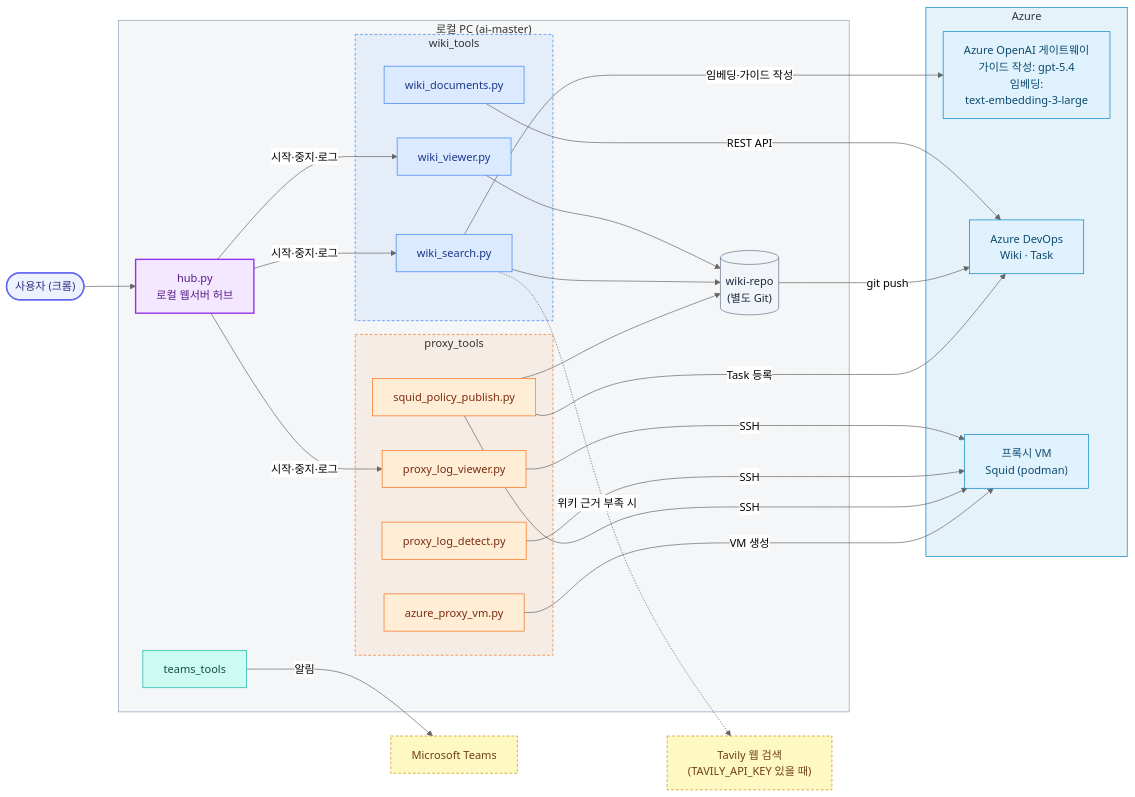
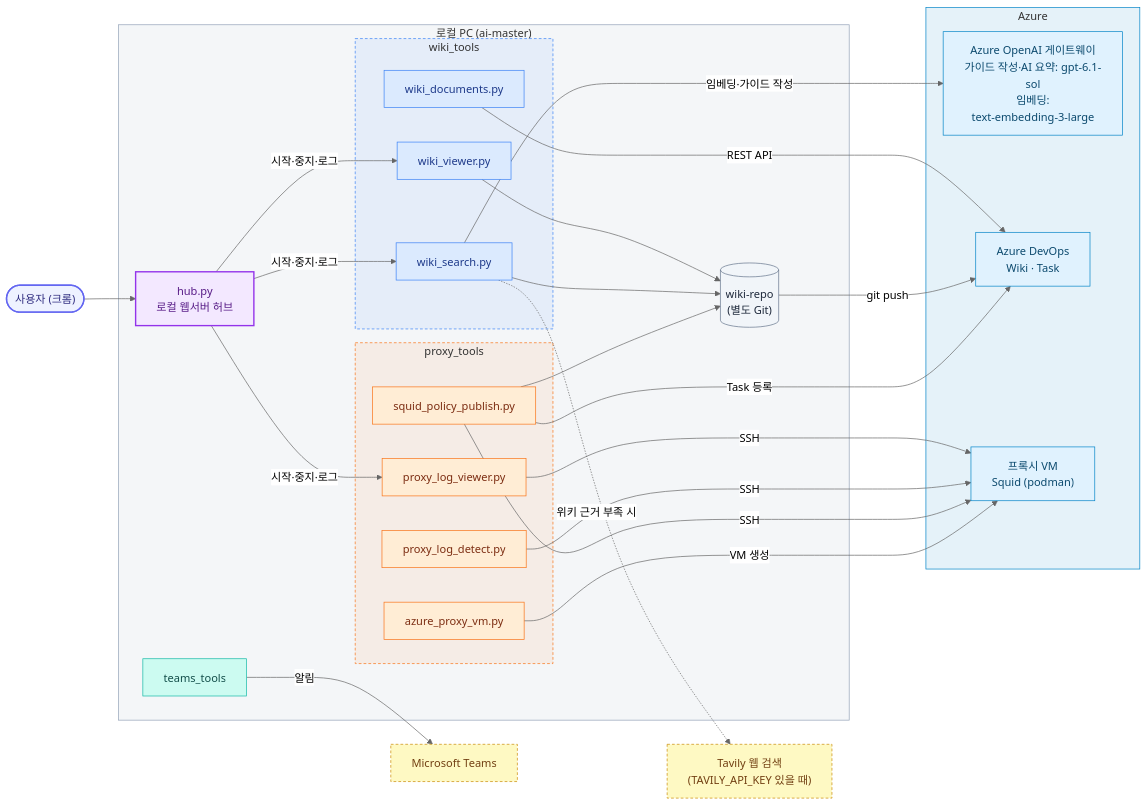
One commit to pcmola/ai-master changed the first of 7 diagrams in README.md. Above: the diagram before and after it, drawn with Mermaid (neutral theme). The commit also changed other lines of this file and 6 other files, not shown here.

````diff
--- a/README.md
+++ b/README.md
@@ -19,63 +19,63 @@
 ```mermaid
 flowchart LR
     user(["사용자 (크롬)"])
 
     subgraph local["로컬 PC (ai-master)"]
         hub["hub.py<br/>로컬 웹서버 허브"]
         subgraph wiki_tools
             viewer["wiki_viewer.py"]
             search["wiki_search.py"]
             docs["wiki_documents.py"]
         end
         subgraph proxy_tools
             logviewer["proxy_log_viewer.py"]
             detect["proxy_log_detect.py"]
             publish["squid_policy_publish.py"]
             vmtool["azure_proxy_vm.py"]
         end
         teams["teams_tools"]
         repo[("wiki-repo<br/>(별도 Git)")]
     end
 
     subgraph azure["Azure"]
-        openai["Azure OpenAI 게이트웨이<br/>가이드 작성: gpt-5.4<br/>임베딩:<br/>text-embedding-3-large"]
+        openai["Azure OpenAI 게이트웨이<br/>가이드 작성·AI 요약: gpt-6.1-sol<br/>임베딩:<br/>text-embedding-3-large"]
         devops["Azure DevOps<br/>Wiki · Task"]
         vm["프록시 VM<br/>Squid (podman)"]
     end
     msteams["Microsoft Teams"]
     tavily["Tavily 웹 검색<br/>(TAVILY_API_KEY 있을 때)"]
 
     user --> hub
     hub -- "시작·중지·로그" --> viewer & search & logviewer
     viewer & search --> repo
     search -- "임베딩·가이드 작성" --> openai
     search -. "위키 근거 부족 시" .-> tavily
     docs -- "REST API" --> devops
     repo -- "git push" --> devops
     logviewer & detect & publish -- "SSH" --> vm
     publish -- "Task 등록" --> devops
     publish --> repo
     vmtool -- "VM 생성" --> vm
     teams -- "알림" --> msteams
 
     classDef user fill:#EEF2FF,stroke:#6366F1,stroke-width:2px,color:#312E81
     classDef hub fill:#F3E8FF,stroke:#9333EA,stroke-width:2px,color:#581C87
     classDef wiki fill:#DBEAFE,stroke:#3B82F6,color:#1E3A8A
     classDef proxy fill:#FFEDD5,stroke:#F97316,color:#7C2D12
     classDef teams fill:#CCFBF1,stroke:#14B8A6,color:#134E4A
     classDef store fill:#F1F5F9,stroke:#64748B,color:#1E293B
     classDef cloud fill:#E0F2FE,stroke:#0284C7,color:#0C4A6E
     classDef ext fill:#FEF9C3,stroke:#CA8A04,stroke-dasharray:4 3,color:#713F12
     class user user
     class hub hub
     class viewer,search,docs wiki
     class logviewer,detect,publish,vmtool proxy
     class teams teams
     class repo store
     class openai,devops,vm cloud
     class msteams,tavily ext
     style local fill:#94A3B81A,stroke:#94A3B8
     style wiki_tools fill:#3B82F614,stroke:#3B82F6,stroke-dasharray:4 3
     style proxy_tools fill:#F9731614,stroke:#F97316,stroke-dasharray:4 3
     style azure fill:#0284C71A,stroke:#0284C7
 ```
````
